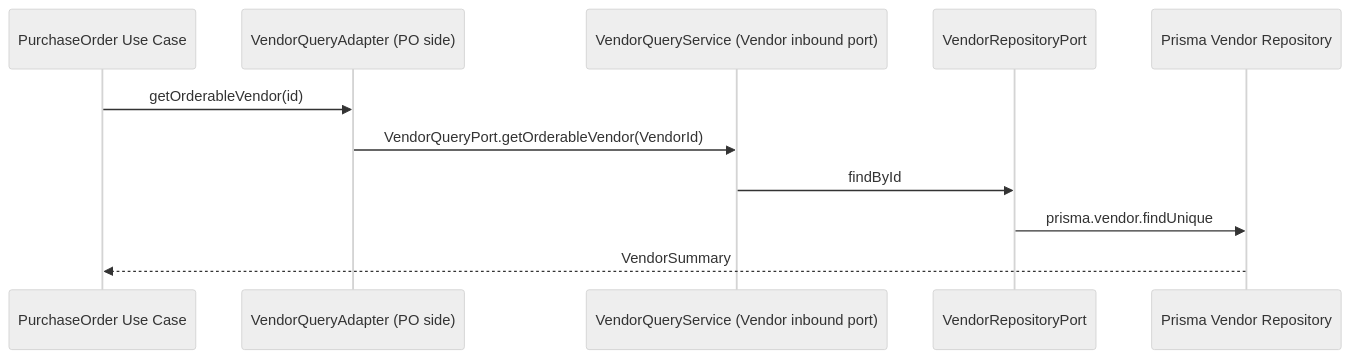
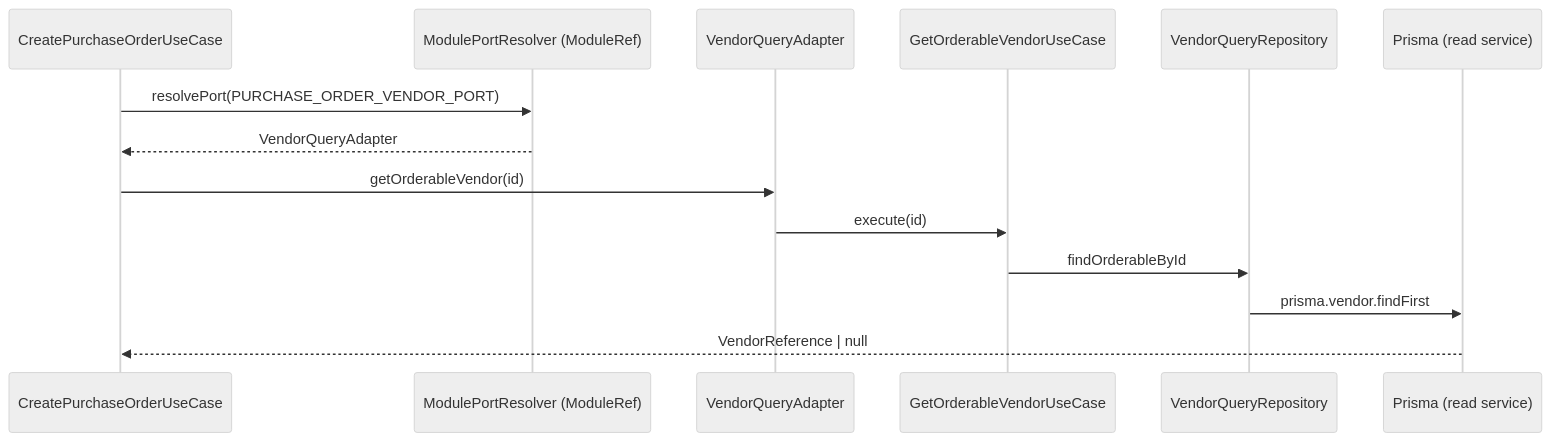
One commit to ashrafemon/ddd-boilerplate changed the second of 3 diagrams in ARCHITECTURE.md. Above: the diagram before and after it, drawn with Mermaid (neutral theme). The commit also changed other lines of this file and 3 other files, not shown here.

````diff
--- a/ARCHITECTURE.md
+++ b/ARCHITECTURE.md
@@ -181,13 +349,16 @@
 ```mermaid
 sequenceDiagram
-    participant PO as PurchaseOrder Use Case
-    participant VQ as VendorQueryAdapter (PO side)
-    participant VS as VendorQueryService (Vendor inbound port)
-    participant VR as VendorRepositoryPort
-    participant DB as Prisma Vendor Repository
-    PO->>VQ: getOrderableVendor(id)
-    VQ->>VS: VendorQueryPort.getOrderableVendor(VendorId)
-    VS->>VR: findById
-    VR->>DB: prisma.vendor.findUnique
-    DB-->>PO: VendorSummary
+    participant PO as CreatePurchaseOrderUseCase
+    participant RES as ModulePortResolver (ModuleRef)
+    participant VA as VendorQueryAdapter
+    participant UC as GetOrderableVendorUseCase
+    participant VR as VendorQueryRepository
+    participant DB as Prisma (read service)
+    PO->>RES: resolvePort(PURCHASE_ORDER_VENDOR_PORT)
+    RES-->>PO: VendorQueryAdapter
+    PO->>VA: getOrderableVendor(id)
+    VA->>UC: execute(id)
+    UC->>VR: findOrderableById
+    VR->>DB: prisma.vendor.findFirst
+    DB-->>PO: VendorReference | null
 ```
````
